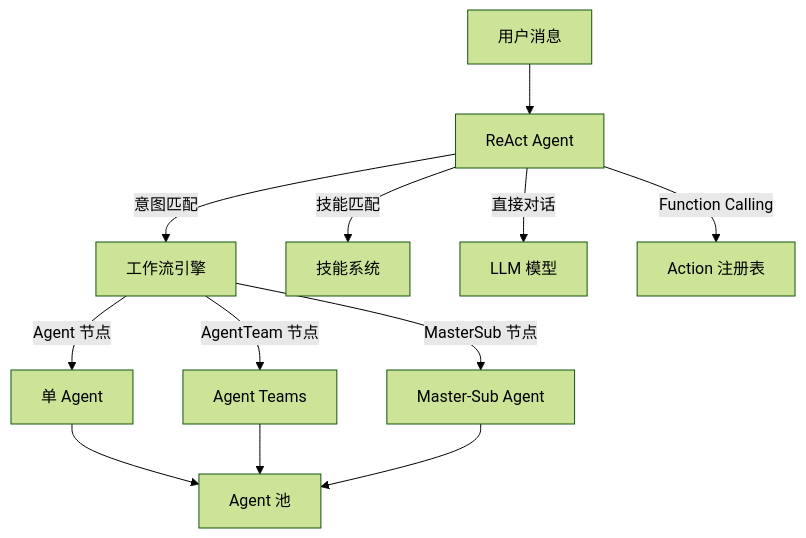
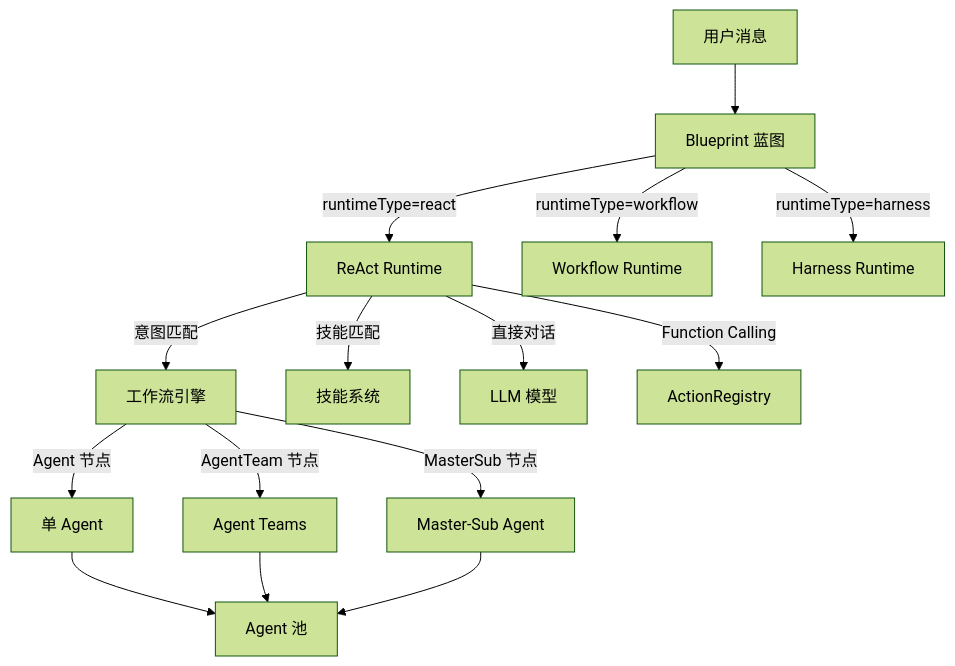
Before and after one commit to wcl1237/wanju: the first of 5 diagrams in Agent.md, drawn with Mermaid (forest theme). The commit also changed other lines of this file and 2 other files, not shown here.

Commit message:
docs: 补充 Blueprint/Runtime 架构、条件重试、LLM 结论提取、流式输出等文档

````diff
--- a/Agent.md
+++ b/Agent.md
@@ -16,16 +17,20 @@
 ```mermaid
 graph TD
-    User[用户消息] --> ReAct[ReAct Agent]
+    User[用户消息] --> BP[Blueprint 蓝图]
+    BP -->|runtimeType=react| ReAct[ReAct Runtime]
+    BP -->|runtimeType=workflow| WFR[Workflow Runtime]
+    BP -->|runtimeType=harness| HR[Harness Runtime]
+
     ReAct -->|意图匹配| WF[工作流引擎]
     ReAct -->|技能匹配| Skill[技能系统]
     ReAct -->|直接对话| LLM[LLM 模型]
-    ReAct -->|Function Calling| Actions[Action 注册表]
+    ReAct -->|Function Calling| Actions[ActionRegistry]
 
     WF -->|Agent 节点| Agent1[单 Agent]
     WF -->|AgentTeam 节点| Agent2[Agent Teams]
     WF -->|MasterSub 节点| Agent3[Master-Sub Agent]
 
     Agent1 --> Pool[Agent 池]
     Agent2 --> Pool
     Agent3 --> Pool
 ```
````
